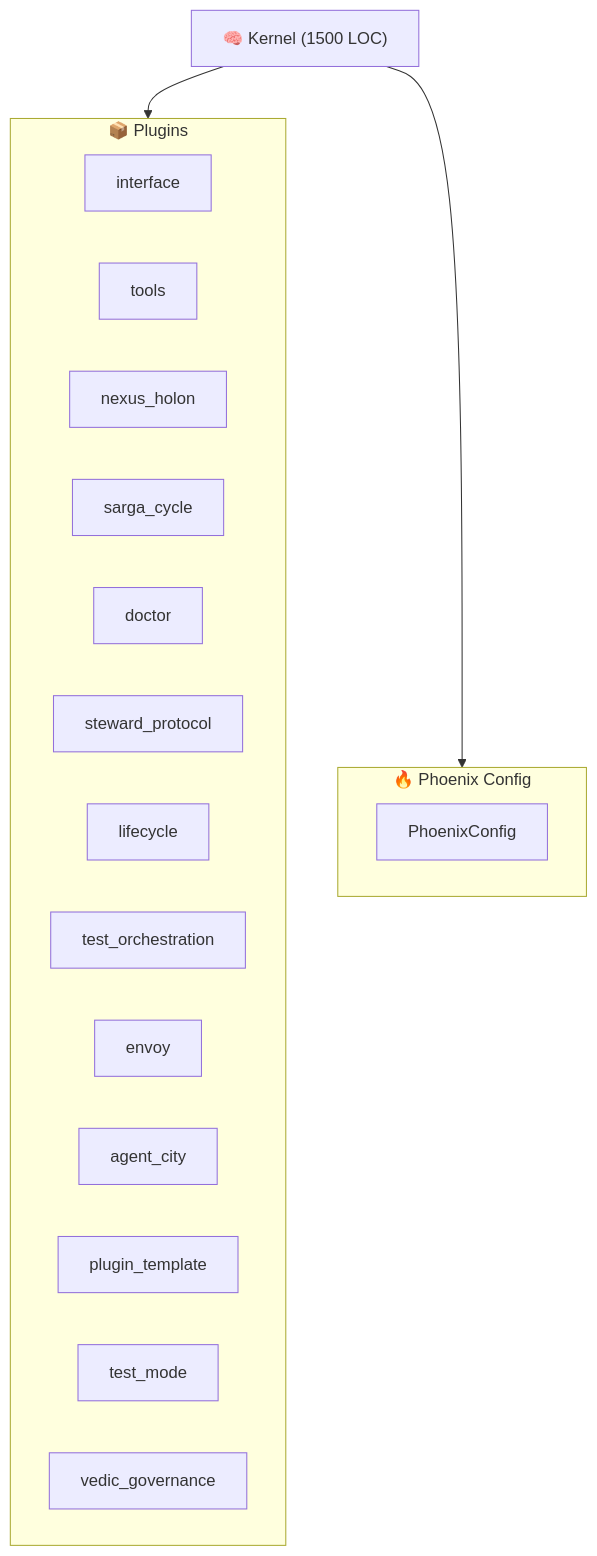
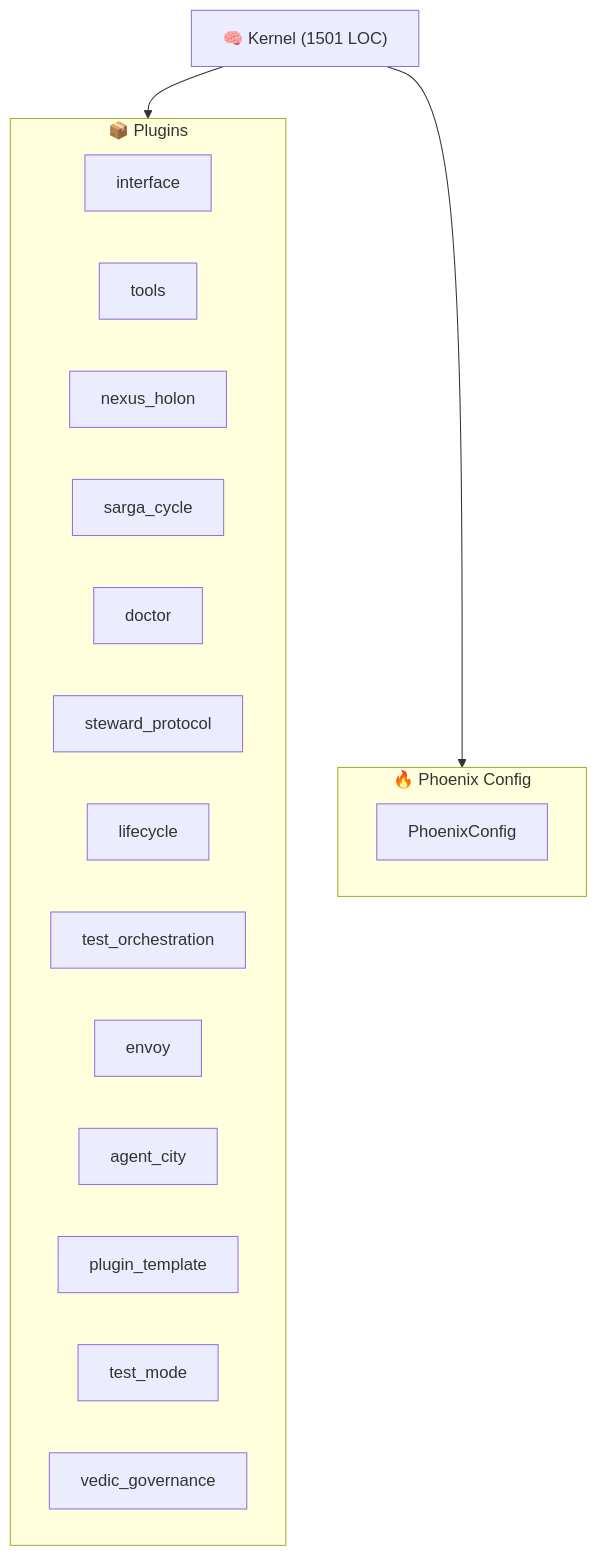
The diagram in ARCHITECTURE.md (kimeisele/steward-protocol), drawn with Mermaid before and after one commit. The commit also changed other lines of this file and 12 other files, not shown here.

````diff
--- a/ARCHITECTURE.md
+++ b/ARCHITECTURE.md
@@ -8,24 +8,24 @@
 ```mermaid
 graph TB
-    K["🧠 Kernel (1500 LOC)"]
+    K["🧠 Kernel (1501 LOC)"]
     subgraph Plugins["📦 Plugins"]
         P_interface["interface"]
         P_tools["tools"]
         P_nexus_holon["nexus_holon"]
         P_sarga_cycle["sarga_cycle"]
         P_doctor["doctor"]
         P_steward_protocol["steward_protocol"]
         P_lifecycle["lifecycle"]
         P_test_orchestration["test_orchestration"]
         P_envoy["envoy"]
         P_agent_city["agent_city"]
         P_plugin_template["plugin_template"]
         P_test_mode["test_mode"]
         P_vedic_governance["vedic_governance"]
     end
     K --> Plugins
     subgraph Config["🔥 Phoenix Config"]
         PC[PhoenixConfig]
     end
     K --> Config
 ```
````
